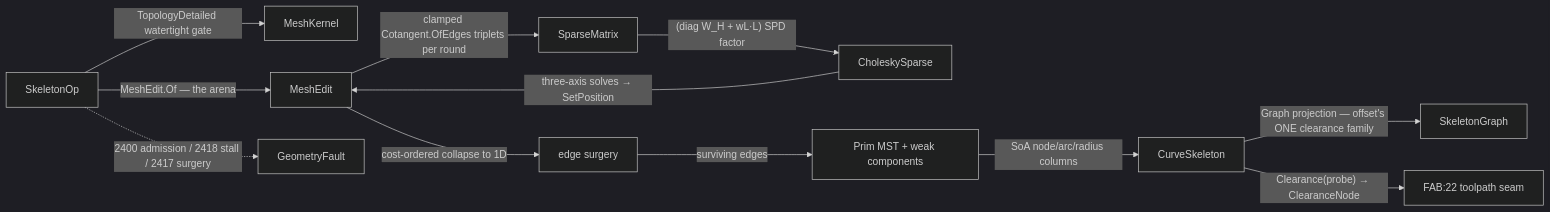
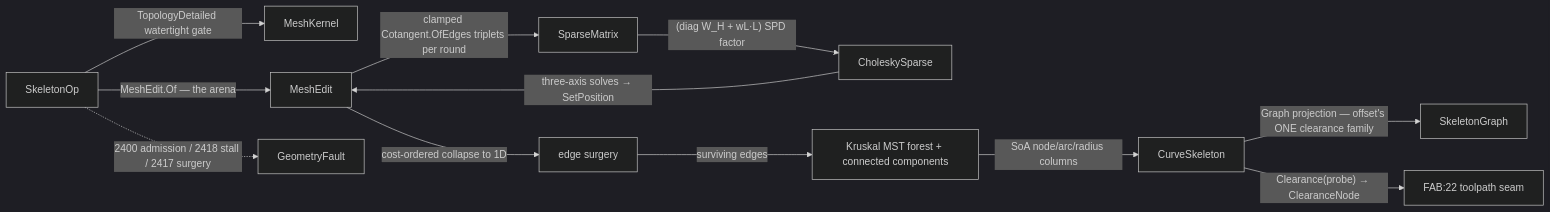
The diagram in libs/csharp/Rasm/.planning/Meshing/skeleton.md (bsamiee/Rasm), drawn with Mermaid (dark theme) before and after one commit. The commit also changed other lines of this file and 71 other files, not shown here.

````diff
--- a/libs/csharp/Rasm/.planning/Meshing/skeleton.md
+++ b/libs/csharp/Rasm/.planning/Meshing/skeleton.md
@@ -416,14 +418,14 @@
 ```mermaid
 flowchart LR
     SkeletonOp -->|TopologyDetailed watertight gate| MeshKernel
     SkeletonOp -->|MeshEdit.Of — the arena| MeshEdit
     MeshEdit -->|clamped Cotangent.OfEdges triplets per round| SparseMatrix
     SparseMatrix -->|"(diag W_H + wL·L) SPD factor"| CholeskySparse
     CholeskySparse -->|three-axis solves → SetPosition| MeshEdit
     MeshEdit -->|cost-ordered collapse to 1D| Surgery["edge surgery"]
-    Surgery -->|surviving edges| QuikGraph["Prim MST + weak components"]
+    Surgery -->|surviving edges| QuikGraph["Kruskal MST forest + connected components"]
     QuikGraph -->|SoA node/arc/radius columns| CurveSkeleton
     CurveSkeleton -->|Graph projection — offset's ONE clearance family| SkeletonGraph
     CurveSkeleton -->|"Clearance(probe) → ClearanceNode"| Fabrication["FAB:22 toolpath seam"]
     SkeletonOp -.->|2400 admission / 2418 stall / 2417 surgery| GeometryFault
 ```
````
